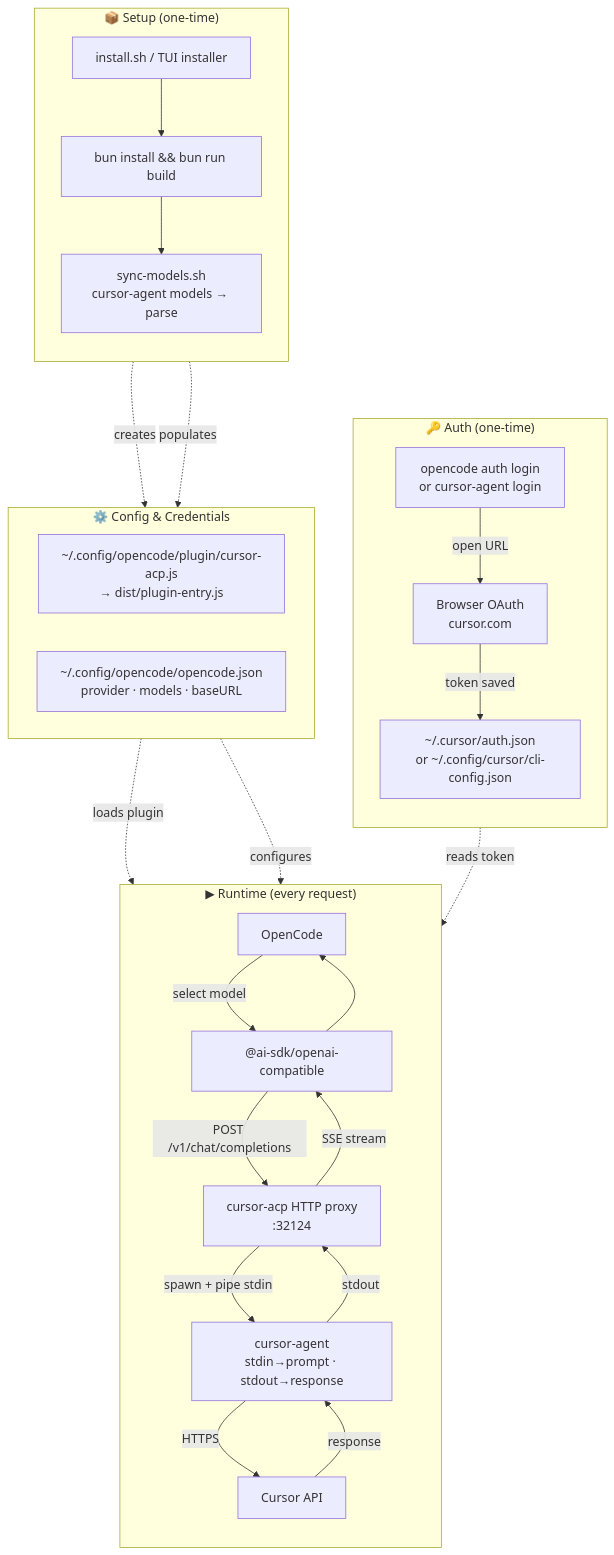
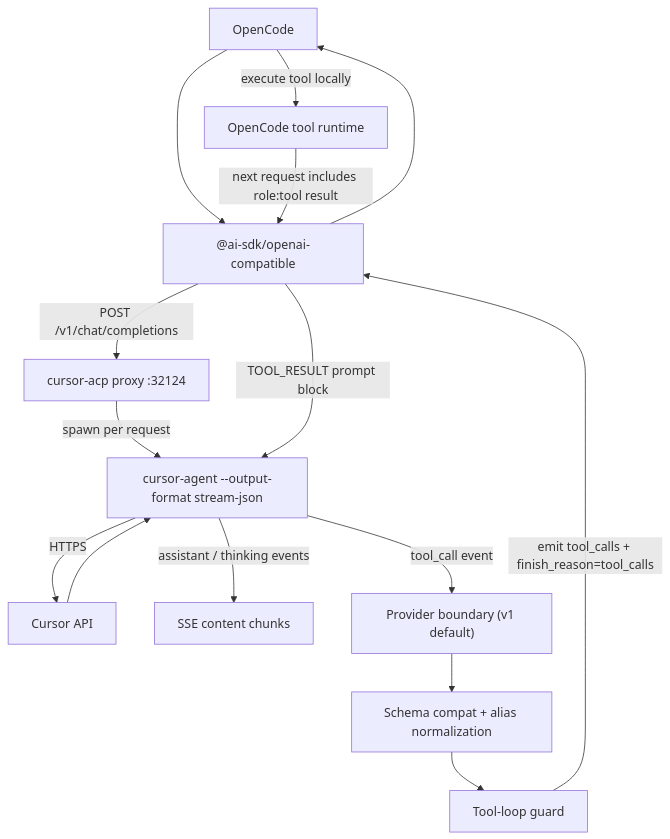
Before and after one commit to remy90/opencode-cursor: the diagram in README.md, drawn with Mermaid. The commit also changed other lines of this file and 3 other files, not shown here.

Commit message:
fix: add shell hook alias and document runtime tool loop

````diff
--- a/README.md
+++ b/README.md
@@ -184,49 +184,19 @@
 ```mermaid
 flowchart TB
-    subgraph SETUP["📦 Setup (one-time)"]
-        direction TB
-        INSTALL["install.sh / TUI installer"]
-        BUILD["bun install && bun run build"]
-        SYNC["sync-models.sh\ncursor-agent models → parse"]
-        INSTALL --> BUILD --> SYNC
-    end
+    OC["OpenCode"] --> SDK["@ai-sdk/openai-compatible"]
+    SDK -->|"POST /v1/chat/completions"| PROXY["cursor-acp proxy :32124"]
+    PROXY -->|"spawn per request"| AGENT["cursor-agent --output-format stream-json"]
+    AGENT -->|"HTTPS"| CURSOR["Cursor API"]
+    CURSOR --> AGENT
 
-    subgraph AUTH_FLOW["🔑 Auth (one-time)"]
-        direction TB
-        LOGIN["opencode auth login\nor cursor-agent login"]
-        BROWSER["Browser OAuth\ncursor.com"]
-        LOGIN -->|"open URL"| BROWSER
-        BROWSER -->|"token saved"| CREDS
-    end
+    AGENT -->|"assistant / thinking events"| SSE["SSE content chunks"]
+    AGENT -->|"tool_call event"| BOUNDARY["Provider boundary (v1 default)"]
+    BOUNDARY --> COMPAT["Schema compat + alias normalization"]
+    COMPAT --> GUARD["Tool-loop guard"]
+    GUARD -->|"emit tool_calls + finish_reason=tool_calls"| SDK
+    SDK --> OC
 
-    subgraph CONFIG["⚙️ Config & Credentials"]
-        direction LR
-        SYMLINK["~/.config/opencode/plugin/cursor-acp.js\n→ dist/plugin-entry.js"]
-        CONF["~/.config/opencode/opencode.json\nprovider · models · baseURL"]
-        CREDS["~/.cursor/auth.json\nor ~/.config/cursor/cli-config.json"]
-    end
-
-    subgraph RUNTIME["▶ Runtime (every request)"]
-        direction TB
-        OC["OpenCode"]
-        SDK["@ai-sdk/openai-compatible"]
-        PROXY["cursor-acp HTTP proxy\n:32124"]
-        CA["cursor-agent\nstdin→prompt · stdout→response"]
-        API["Cursor API"]
-
-        OC -->|"select model"| SDK
-        SDK -->|"POST /v1/chat/completions"| PROXY
-        PROXY -->|"spawn + pipe stdin"| CA
-        CA -->|"HTTPS"| API
-        API -->|"response"| CA
-        CA -->|"stdout"| PROXY
-        PROXY -->|"SSE stream"| SDK
-        SDK --> OC
-    end
-
-    SETUP -.->|"creates"| SYMLINK
-    SETUP -.->|"populates"| CONF
-    SYMLINK -.->|"loads plugin"| PROXY
-    CONF -.->|"configures"| SDK
-    CREDS -.->|"reads token"| CA
+    OC -->|"execute tool locally"| TOOLRUN["OpenCode tool runtime"]
+    TOOLRUN -->|"next request includes role:tool result"| SDK
+    SDK -->|"TOOL_RESULT prompt block"| AGENT
 ```
````
